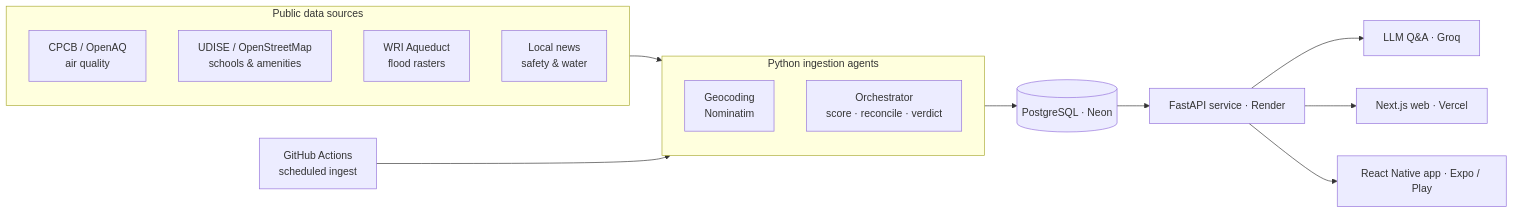
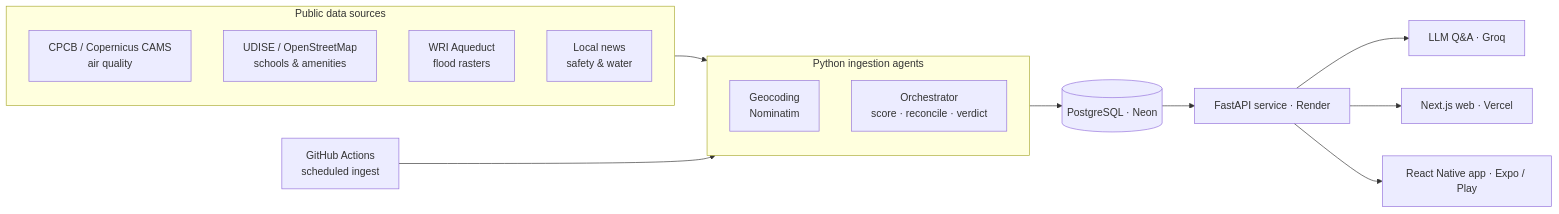
One commit to shubhamsinha503/neighbour-trust changed the diagram in README.md. Above: the diagram before and after it, drawn with Mermaid. The commit also changed other lines of this file and 4 other files, not shown here.

````diff
--- a/README.md
+++ b/README.md
@@ -56,23 +75,23 @@
 ```mermaid
 flowchart LR
   subgraph Sources["Public data sources"]
-    A1[CPCB / OpenAQ<br/>air quality]
+    A1[CPCB / Copernicus CAMS<br/>air quality]
     A2[UDISE / OpenStreetMap<br/>schools & amenities]
     A3[WRI Aqueduct<br/>flood rasters]
     A4[Local news<br/>safety & water]
   end
 
   subgraph Agents["Python ingestion agents"]
     B1[Geocoding<br/>Nominatim]
     B2[Orchestrator<br/>score · reconcile · verdict]
   end
 
   Sources --> Agents
   CI[GitHub Actions<br/>scheduled ingest] --> Agents
   Agents --> DB[(PostgreSQL · Neon)]
   DB --> API[FastAPI service · Render]
   API --> Groq[LLM Q&A · Groq]
 
   API --> Web[Next.js web · Vercel]
   API --> Mobile[React Native app · Expo / Play]
 ```
````
